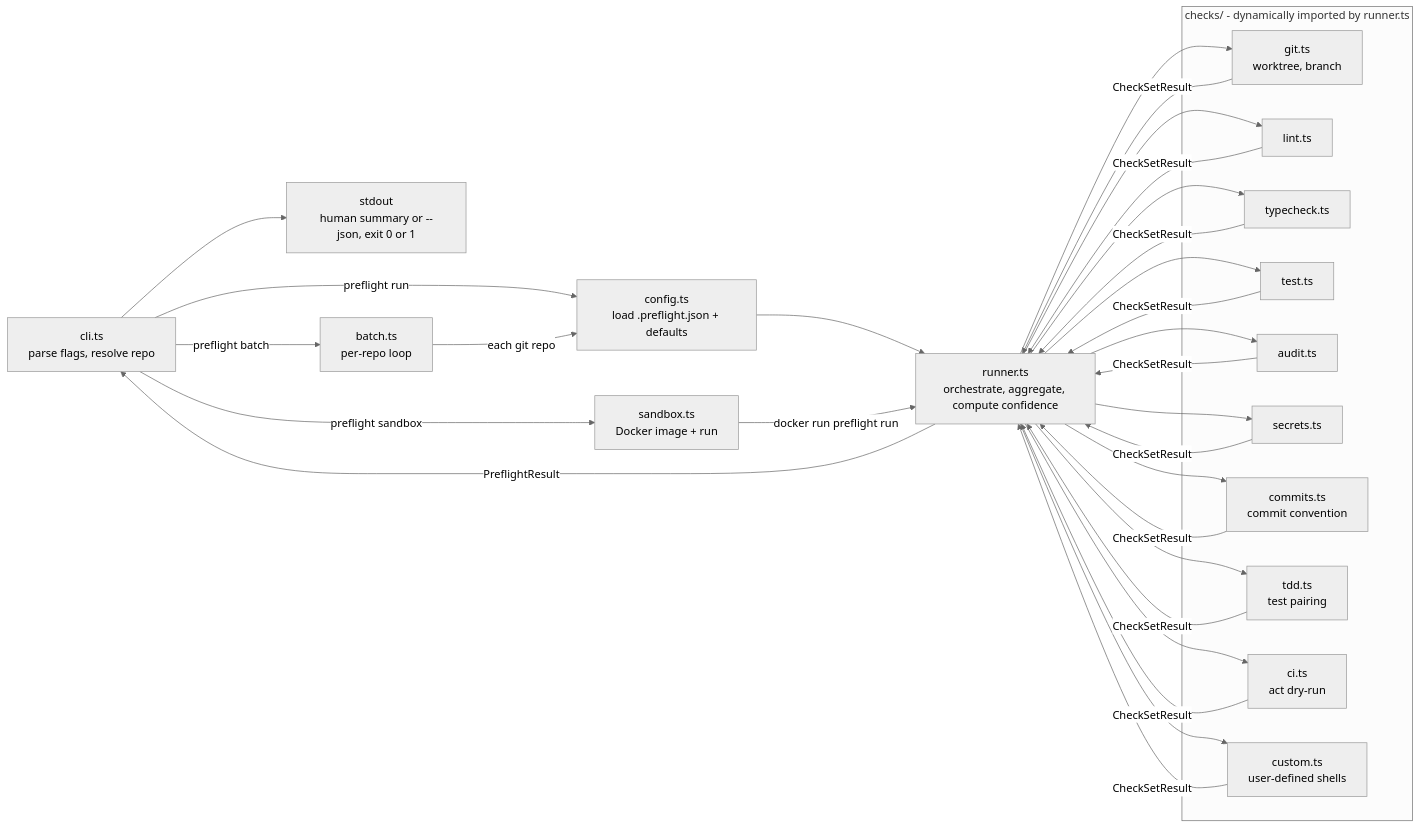
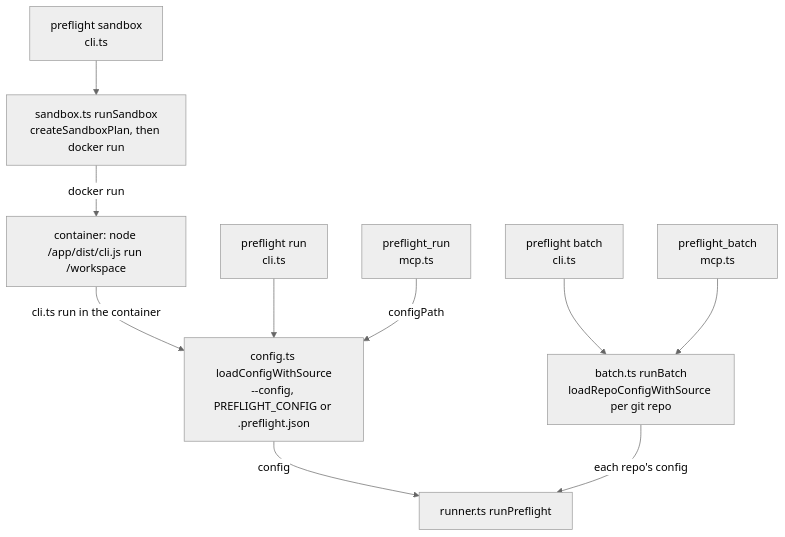
The first of 2 diagrams in docs/architecture.md (LanNguyenSi/agent-preflight), drawn with Mermaid (neutral theme) before and after one commit. The commit also changed other lines of this file and 19 other files, not shown here.

First line of the commit message:
docs: correct architecture, checks and integration docs against the code (#142)

````diff
--- a/docs/architecture.md
+++ b/docs/architecture.md
@@ -66,36 +71,23 @@
 ```mermaid
-flowchart LR
-    CLI["cli.ts<br/>parse flags, resolve repo"]
-    CFG["config.ts<br/>load .preflight.json + defaults"]
-    RUNNER["runner.ts<br/>orchestrate, aggregate, compute confidence"]
+flowchart TD
+    SCLI["preflight sandbox<br/>cli.ts"]
+    RUN["preflight run<br/>cli.ts"]
+    MRUN["preflight_run<br/>mcp.ts"]
+    BCLI["preflight batch<br/>cli.ts"]
+    MBATCH["preflight_batch<br/>mcp.ts"]
+    SP["sandbox.ts runSandbox<br/>createSandboxPlan, then docker run"]
+    CONT["container: node /app/dist/cli.js run /workspace"]
+    LCS["config.ts loadConfigWithSource<br/>--config, PREFLIGHT_CONFIG or .preflight.json"]
+    RB["batch.ts runBatch<br/>loadRepoConfigWithSource per git repo"]
+    RP["runner.ts runPreflight"]
 
-    subgraph checks["checks/ - dynamically imported by runner.ts"]
-        GIT["git.ts<br/>worktree, branch"]
-        LINT["lint.ts"]
-        TC["typecheck.ts"]
-        TEST["test.ts"]
-        AUD["audit.ts"]
-        SEC["secrets.ts"]
-        COM["commits.ts<br/>commit convention"]
-        TDD["tdd.ts<br/>test pairing"]
-        CI["ci.ts<br/>act dry-run"]
-        CUS["custom.ts<br/>user-defined shells"]
-    end
-
-    OUT["stdout<br/>human summary or --json, exit 0 or 1"]
-    BATCH["batch.ts<br/>per-repo loop"]
-    SAND["sandbox.ts<br/>Docker image + run"]
-
-    CLI -->|"preflight run"| CFG
-    CFG --> RUNNER
-    RUNNER --> GIT & LINT & TC & TEST & AUD & SEC & COM & TDD & CI & CUS
-    GIT & LINT & TC & TEST & AUD & SEC & COM & TDD & CI & CUS -->|"CheckSetResult"| RUNNER
-    RUNNER -->|"PreflightResult"| CLI
-    CLI --> OUT
-
-    CLI -->|"preflight batch"| BATCH
-    BATCH -->|"each git repo"| CFG
-
-    CLI -->|"preflight sandbox"| SAND
-    SAND -->|"docker run preflight run"| RUNNER
+    SCLI --> SP
+    SP -->|"docker run"| CONT
+    CONT -->|"cli.ts run in the container"| LCS
+    RUN --> LCS
+    MRUN -->|"configPath"| LCS
+    BCLI --> RB
+    MBATCH --> RB
+    LCS -->|"config"| RP
+    RB -->|"each repo's config"| RP
 ```
````
